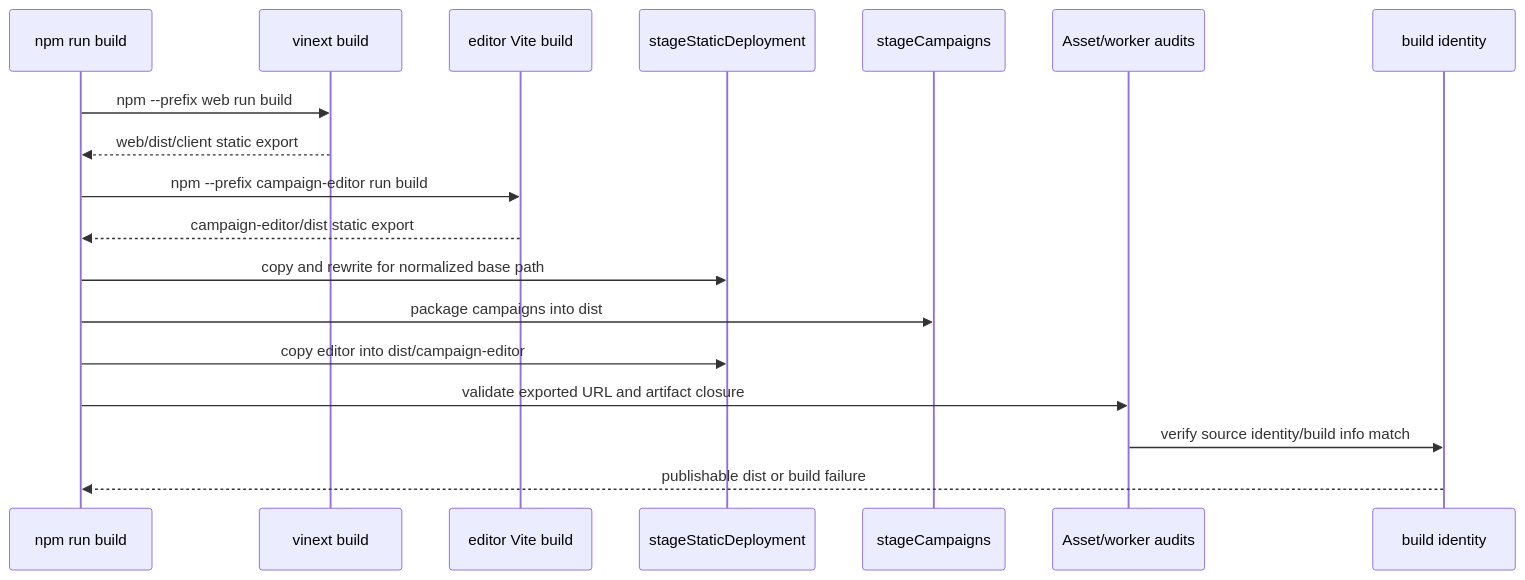
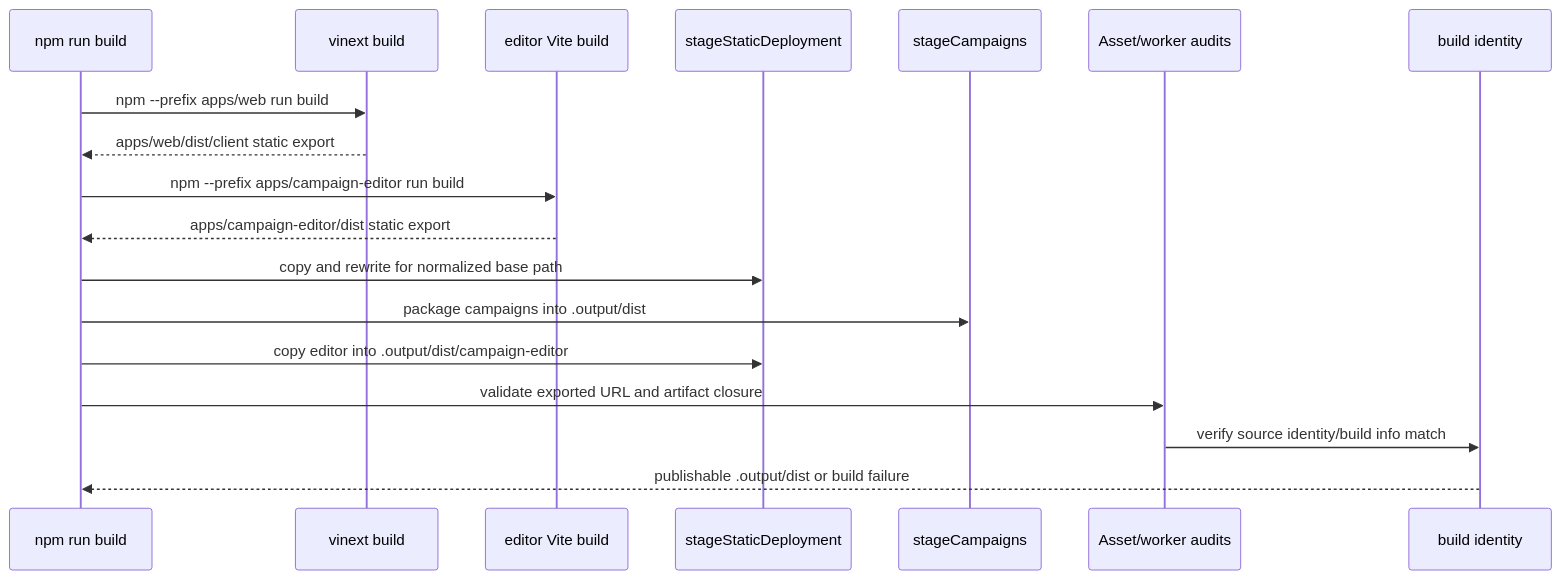
Before and after one commit to fsodano/granaderos: the second of 2 diagrams in docs/architecture/build-and-tooling.md, drawn with Mermaid. The commit also changed other lines of this file and 12605 other files, not shown here.

````diff
--- a/docs/architecture/build-and-tooling.md
+++ b/docs/architecture/build-and-tooling.md
@@ -47,20 +47,20 @@
 ```mermaid
 sequenceDiagram
   participant N as npm run build
   participant V as vinext build
   participant E as editor Vite build
   participant S as stageStaticDeployment
   participant C as stageCampaigns
   participant A as Asset/worker audits
   participant I as build identity
-  N->>V: npm --prefix web run build
-  V-->>N: web/dist/client static export
-  N->>E: npm --prefix campaign-editor run build
-  E-->>N: campaign-editor/dist static export
+  N->>V: npm --prefix apps/web run build
+  V-->>N: apps/web/dist/client static export
+  N->>E: npm --prefix apps/campaign-editor run build
+  E-->>N: apps/campaign-editor/dist static export
   N->>S: copy and rewrite for normalized base path
-  N->>C: package campaigns into dist
-  N->>S: copy editor into dist/campaign-editor
+  N->>C: package campaigns into .output/dist
+  N->>S: copy editor into .output/dist/campaign-editor
   N->>A: validate exported URL and artifact closure
   A->>I: verify source identity/build info match
-  I-->>N: publishable dist or build failure
+  I-->>N: publishable .output/dist or build failure
 ```
````
